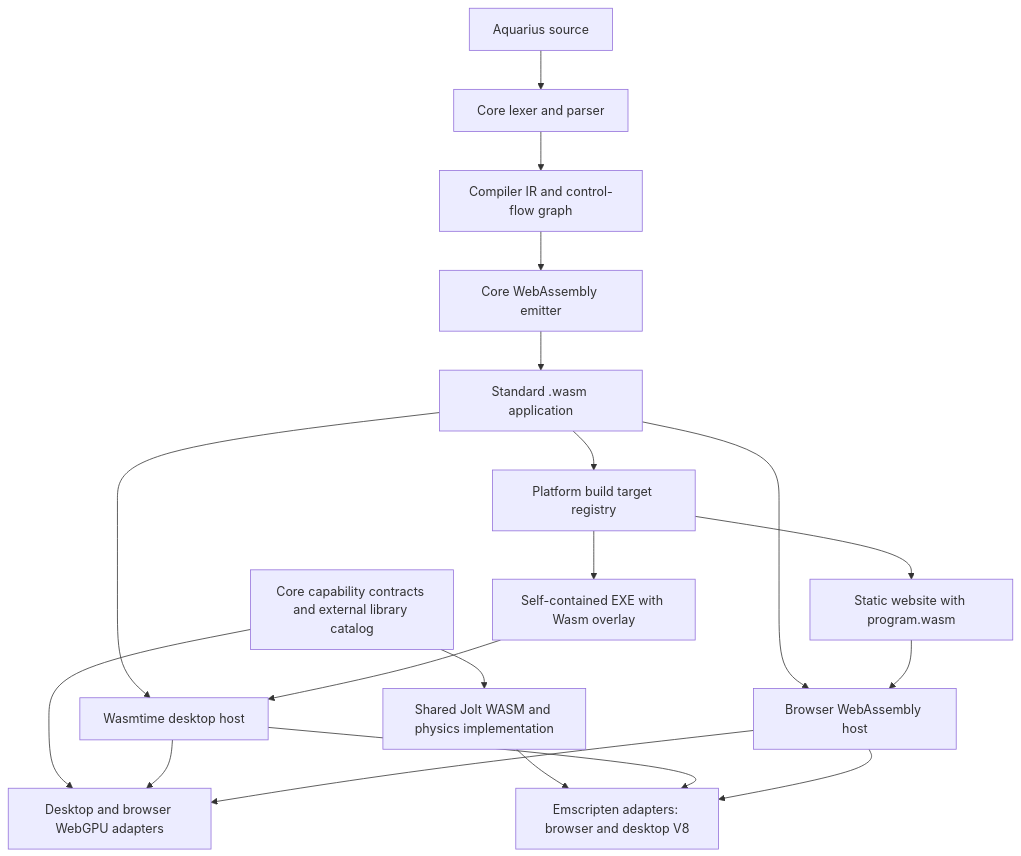
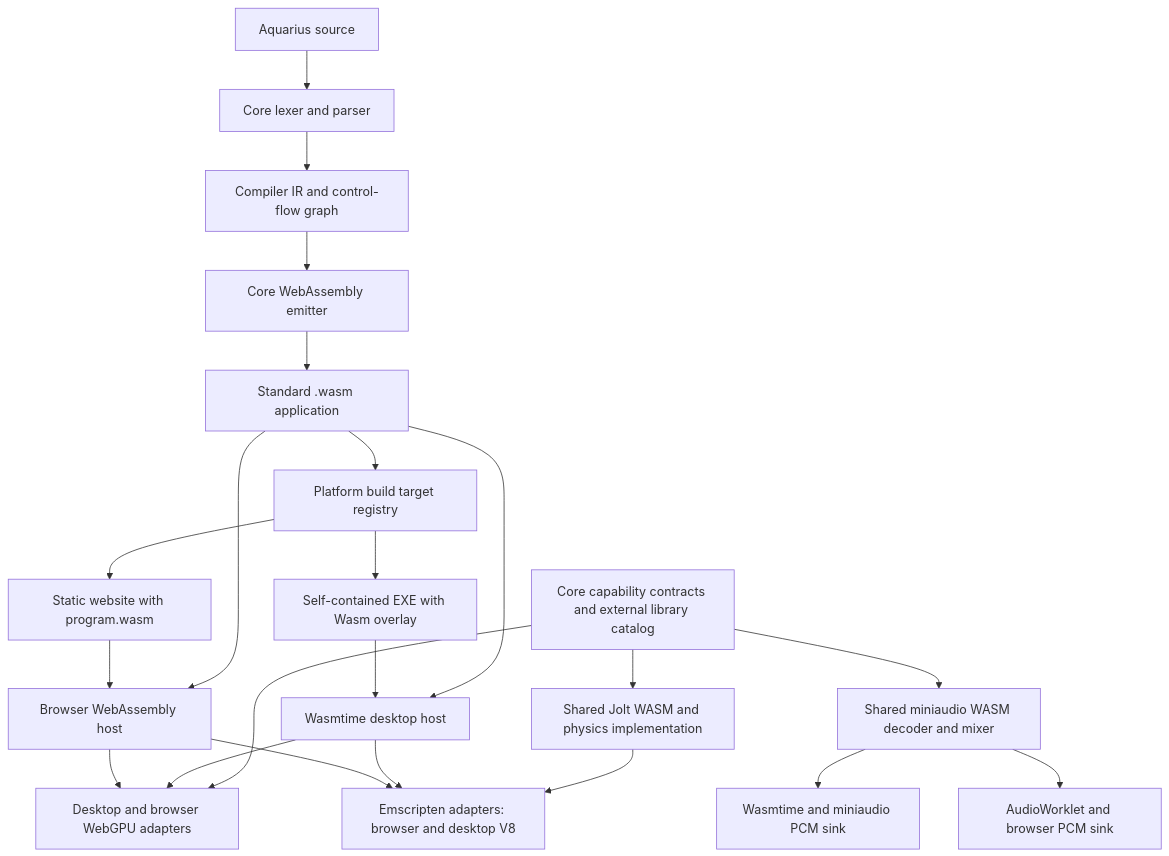
One commit to Aquarius-Language/AquariusLangTW changed the diagram in ARCHITECTURE.md. Above: the diagram before and after it, drawn with Mermaid. The commit also changed other lines of this file and 65 other files, not shown here.

````diff
--- a/ARCHITECTURE.md
+++ b/ARCHITECTURE.md
@@ -10,21 +12,24 @@
 ```mermaid
 flowchart TD
     Source[Aquarius source] --> Frontend[Core lexer and parser]
     Frontend --> Lowering[Compiler IR and control-flow graph]
     Lowering --> Wasm[Core WebAssembly emitter]
     Wasm --> Artifact[Standard .wasm application]
     Artifact --> Desktop[Wasmtime desktop host]
     Artifact --> Web[Browser WebAssembly host]
     Artifact --> Export[Platform build target registry]
     Export --> Website[Static website with program.wasm]
     Export --> Exe[Self-contained EXE with Wasm overlay]
     Exe --> Desktop
     Website --> Web
     Core[Core capability contracts and external library catalog] --> GPU[Desktop and browser WebGPU adapters]
     Core --> Jolt[Shared Jolt WASM and physics implementation]
+    Core --> Audio[Shared miniaudio WASM decoder and mixer]
+    Audio --> AudioDesktop[Wasmtime and miniaudio PCM sink]
+    Audio --> AudioWeb[AudioWorklet and browser PCM sink]
     Jolt --> Emscripten[Emscripten adapters: browser and desktop V8]
     Desktop --> GPU
     Web --> GPU
     Desktop --> Emscripten
     Web --> Emscripten
 ```
````
